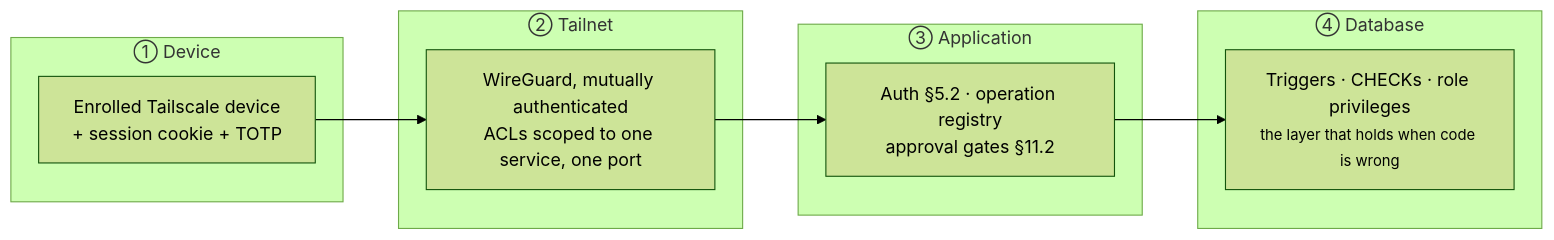
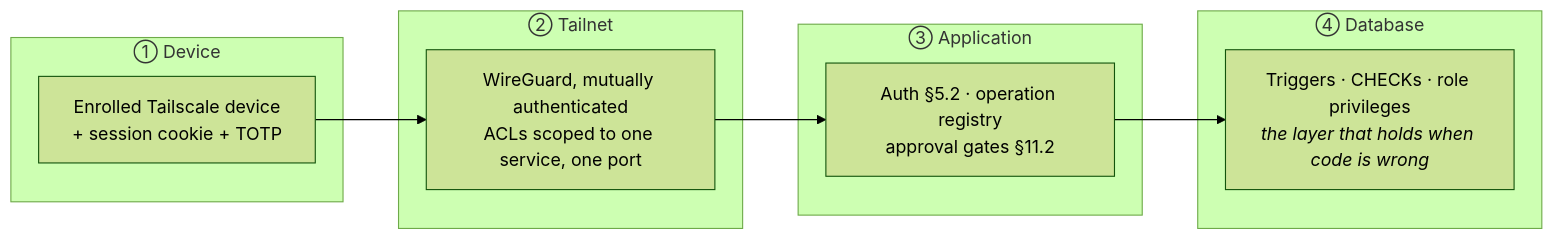
The fourth of 4 diagrams in docs/specification/architecture/01-context-and-containers.md (VoltLightning/waltning), drawn with Mermaid (forest theme) before and after one commit. The commit also changed other lines of this file and 15 other files, not shown here.

````diff
--- a/docs/specification/architecture/01-context-and-containers.md
+++ b/docs/specification/architecture/01-context-and-containers.md
@@ -223,17 +223,17 @@
 ```mermaid
 graph LR
     subgraph tb1["① Device"]
         D["Enrolled Tailscale device<br/>+ session cookie + TOTP"]
     end
     subgraph tb2["② Tailnet"]
         T["WireGuard, mutually authenticated<br/>ACLs scoped to one service, one port"]
     end
     subgraph tb3["③ Application"]
         A["Auth §5.2 · operation registry<br/>approval gates §11.2"]
     end
     subgraph tb4["④ Database"]
-        DB["Triggers · CHECKs · role privileges<br/><small>the layer that holds when code is wrong</small>"]
+        DB["Triggers · CHECKs · role privileges<br/><i>the layer that holds when code is wrong</i>"]
     end
 
     D --> T --> A --> DB
 ```
````
